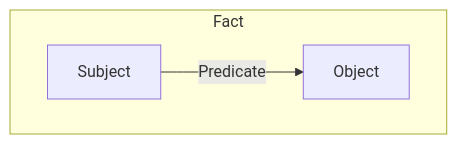
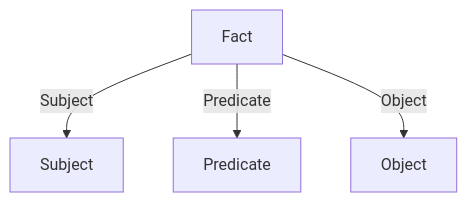
The fourth of 6 diagrams in packages/docs/worlds/index.mdx (wazootech/worlds), drawn with Mermaid before and after one commit. The commit also changed other lines of this file and 1 other file, not shown here.

Commit message:
docs: Revert index.mdx to standard progression model and restore diagrams

````diff
--- a/packages/docs/worlds/index.mdx
+++ b/packages/docs/worlds/index.mdx
@@ -60,7 +77,6 @@
 ```mermaid
-graph LR
-  subgraph "Fact"
-    direction LR
-    A[Subject] -->|Predicate| B[Object]
-  end
+graph TD
+    A[Fact] -->|Subject| B[Subject]
+    A -->|Predicate| C[Predicate]
+    A -->|Object| D[Object]
 ```
````
